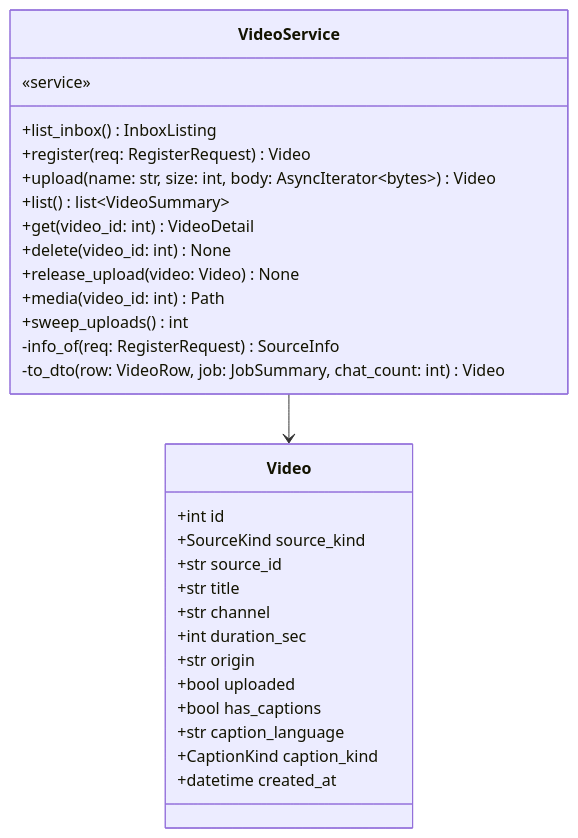
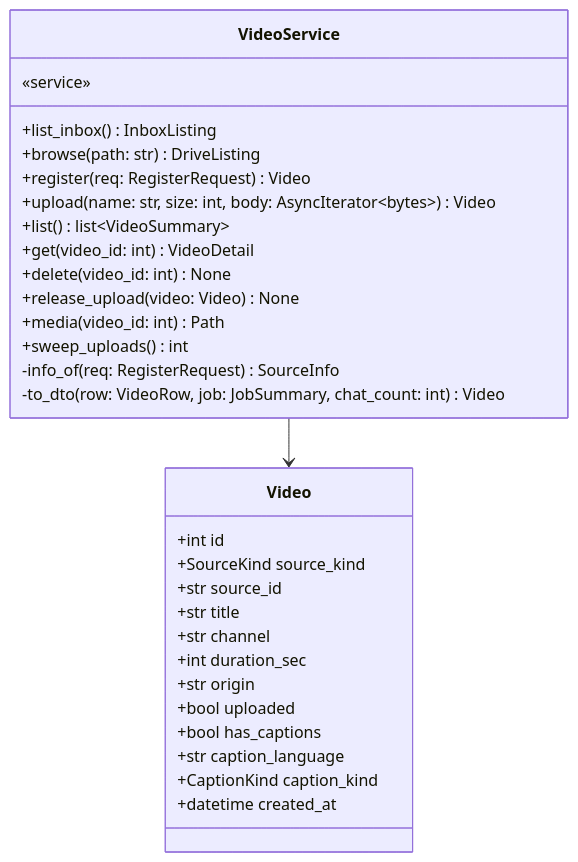
Diagram 16 of 20 in docs/specs/06-DOM/VA-DOM-002.md (HoyoungParkme/video-agent), drawn with Mermaid before and after one commit. The commit also changed other lines of this file, not shown here.

Commit message:
Google Drive에서 고르기(R15): 1장 /api/drive · DriveListing · sources.py의 drive · screens/home/DriveList, VideoService.browse, source_id · origin · uploaded의 Drive

````diff
--- a/docs/specs/06-DOM/VA-DOM-002.md
+++ b/docs/specs/06-DOM/VA-DOM-002.md
@@ -729,32 +730,33 @@
 ```mermaid
 classDiagram
     class VideoService {
         «service»
         +list_inbox() InboxListing
+        +browse(path: str) DriveListing
         +register(req: RegisterRequest) Video
         +upload(name: str, size: int, body: AsyncIterator~bytes~) Video
         +list() list~VideoSummary~
         +get(video_id: int) VideoDetail
         +delete(video_id: int) None
         +release_upload(video: Video) None
         +media(video_id: int) Path
         +sweep_uploads() int
         -info_of(req: RegisterRequest) SourceInfo
         -to_dto(row: VideoRow, job: JobSummary, chat_count: int) Video
     }
     class Video {
         +int id
         +SourceKind source_kind
         +str source_id
         +str title
         +str channel
         +int duration_sec
         +str origin
         +bool uploaded
         +bool has_captions
         +str caption_language
         +CaptionKind caption_kind
         +datetime created_at
     }
     VideoService --> Video
 ```
````
